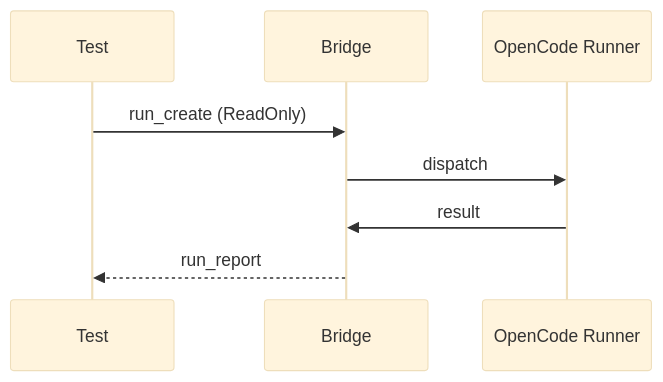
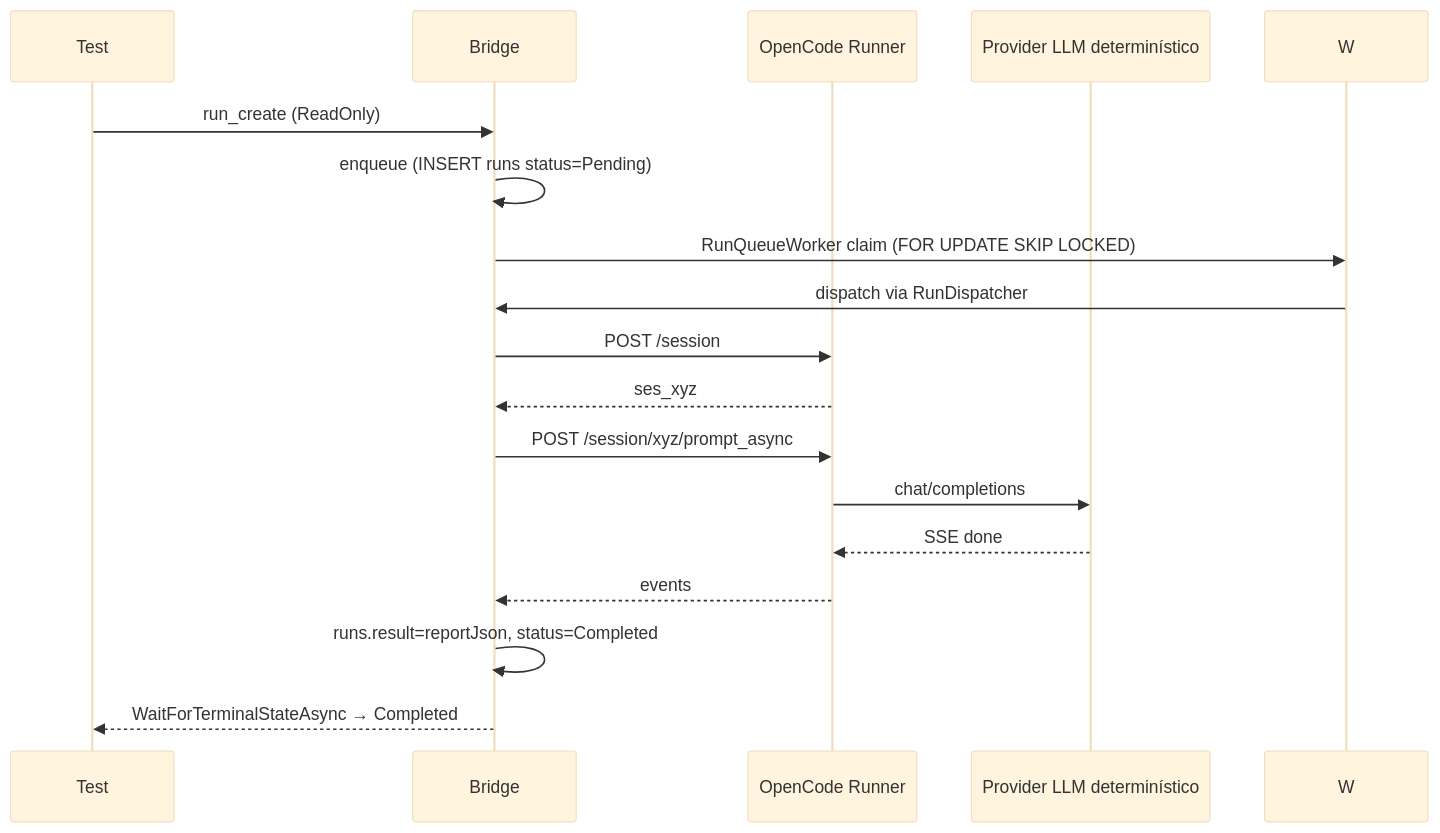
One commit to vitorvaf/odysseus-coding-agent-bridge changed the first of 4 diagrams in docs/testing/acceptance-tests.md. Above: the diagram before and after it, drawn with Mermaid (base theme). The commit also changed other lines of this file and 12 other files, not shown here.

````diff
--- a/docs/testing/acceptance-tests.md
+++ b/docs/testing/acceptance-tests.md
@@ -9,10 +9,19 @@
 ```mermaid
 sequenceDiagram
     participant T as Test
     participant B as Bridge
     participant O as OpenCode Runner
+    participant P as Provider LLM determinístico
     T->>B: run_create (ReadOnly)
-    B->>O: dispatch
-    O->>B: result
-    B-->>T: run_report
+    B->>B: enqueue (INSERT runs status=Pending)
+    B->>W: RunQueueWorker claim (FOR UPDATE SKIP LOCKED)
+    W->>B: dispatch via RunDispatcher
+    B->>O: POST /session
+    O-->>B: ses_xyz
+    B->>O: POST /session/xyz/prompt_async
+    O->>P: chat/completions
+    P-->>O: SSE done
+    O-->>B: events
+    B->>B: runs.result=reportJson, status=Completed
+    B-->>T: WaitForTerminalStateAsync → Completed
 ```
````
